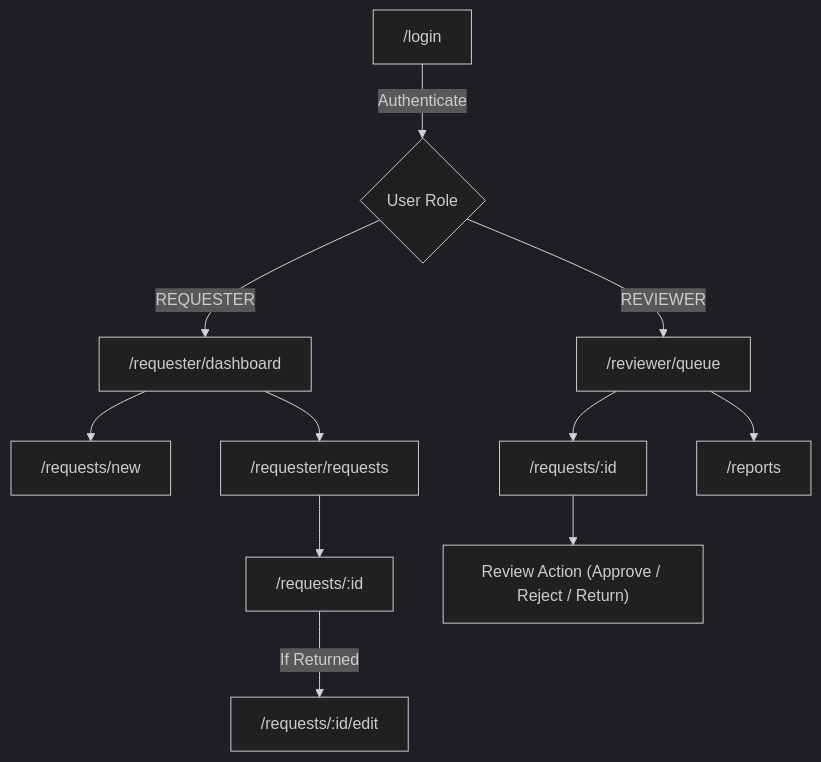
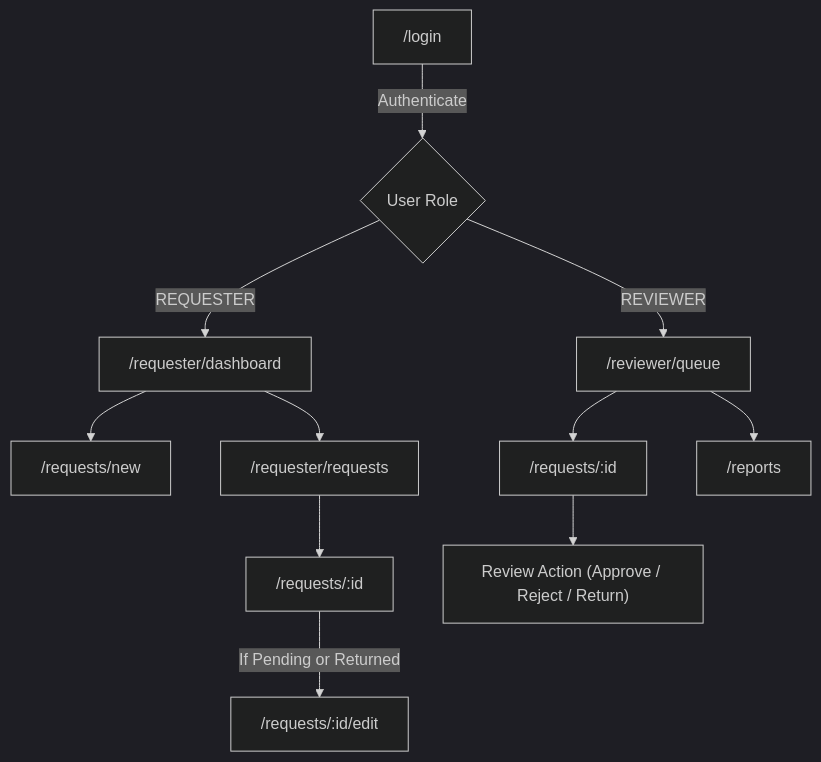
The third of 5 diagrams in document/sds.md (bravefe/Software-Engineer-2), drawn with Mermaid (dark theme) before and after one commit. The commit also changed other lines of this file and 4 other files, not shown here.

Commit message:
docs: Pending Request Edit and Withdrawal docs change impact

````diff
--- a/document/sds.md
+++ b/document/sds.md
@@ -285,16 +286,16 @@
 ```mermaid
 graph TD
     Login["/login"] -->|Authenticate| RoleCheck{User Role}
 
     RoleCheck -->|REQUESTER| RDash["/requester/dashboard"]
     RoleCheck -->|REVIEWER| RQueue["/reviewer/queue"]
 
     RDash --> RNew["/requests/new"]
     RDash --> RList["/requester/requests"]
     RList --> RDetail["/requests/:id"]
-    RDetail -->|If Returned| REdit["/requests/:id/edit"]
+    RDetail -->|If Pending or Returned| REdit["/requests/:id/edit"]
 
     RQueue --> RevDetail["/requests/:id"]
     RevDetail --> ReviewModal["Review Action (Approve / Reject / Return)"]
     RQueue --> Reports["/reports"]
 ```
````
